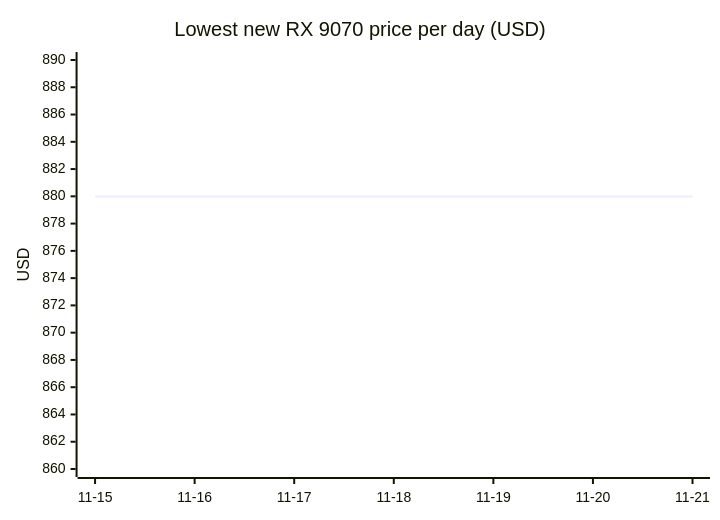
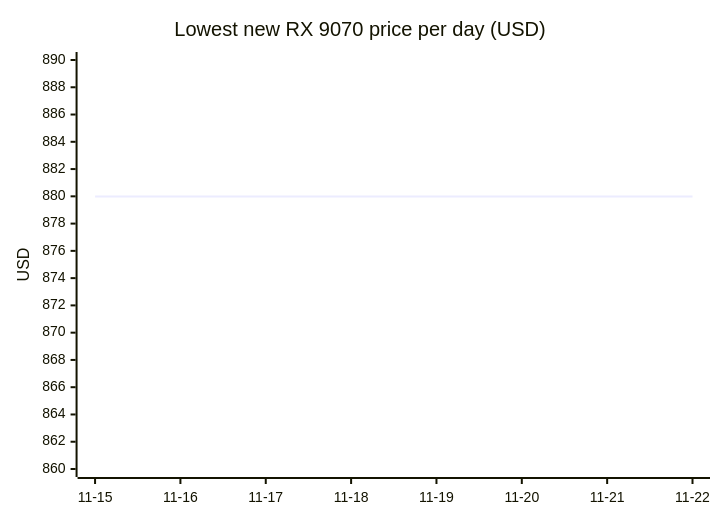
One commit to 7324136828/4tb_ssd_price_watch changed diagram 12 of 18 in README.md. Above: the diagram before and after it, drawn with Mermaid. The commit also changed other lines of this file, not shown here.

````diff
--- a/README.md
+++ b/README.md
@@ -1059,7 +1112,7 @@
 ```mermaid
 xychart-beta
     title "Lowest new RX 9070 price per day (USD)"
-    x-axis ["11-15", "11-16", "11-17", "11-18", "11-19", "11-20", "11-21"]
+    x-axis ["11-15", "11-16", "11-17", "11-18", "11-19", "11-20", "11-21", "11-22"]
     y-axis "USD" 860 --> 890
-    line [879.99, 879.99, 879.99, 879.99, 879.99, 879.99, 879.99]
+    line [879.99, 879.99, 879.99, 879.99, 879.99, 879.99, 879.99, 879.99]
 ```
````
